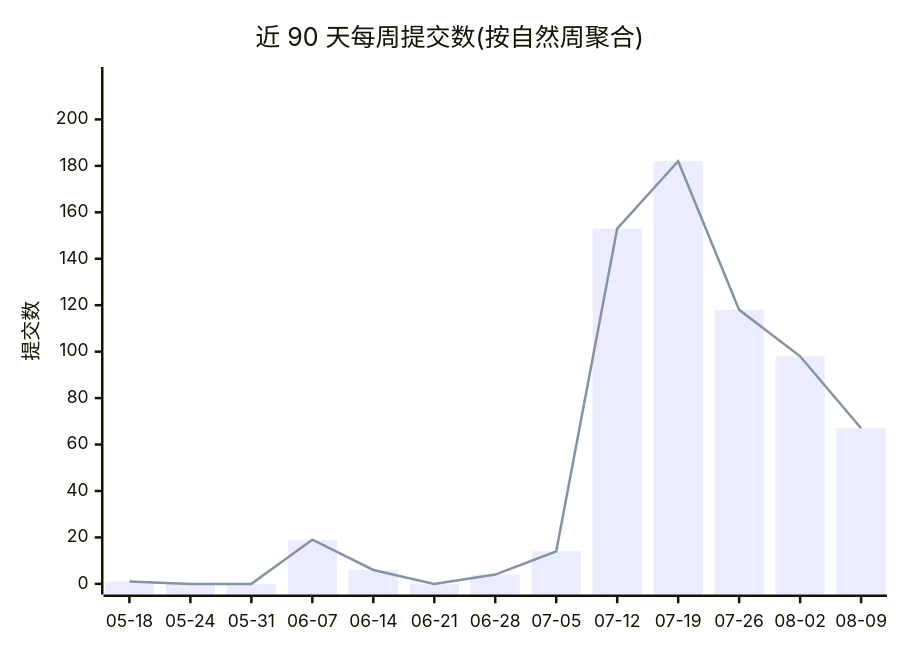
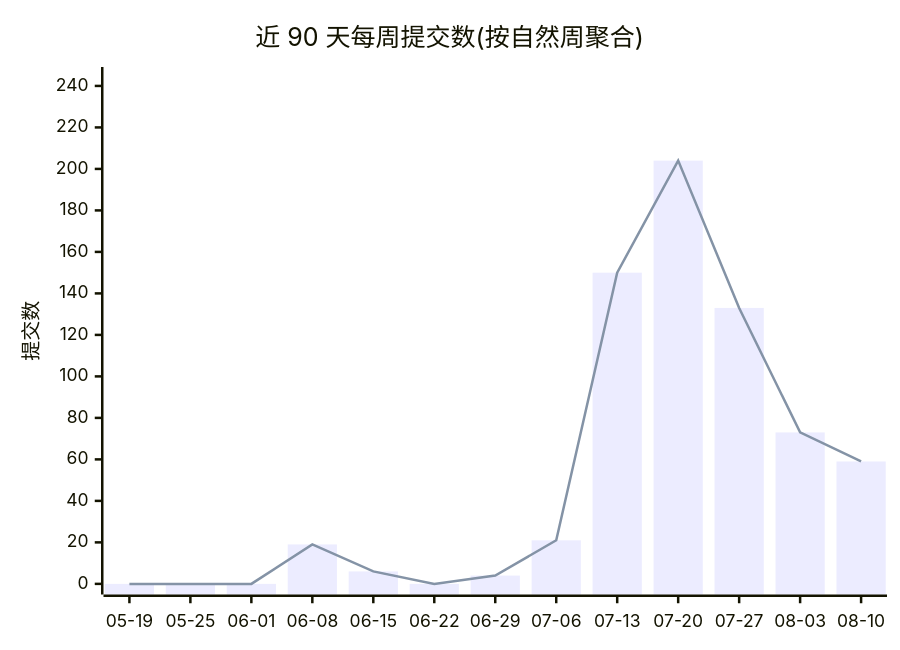
Before and after one commit to Conflux-Union/.github: the first of 2 diagrams in profile/README.md, drawn with Mermaid. The commit also changed other lines of this file and 1 other file, not shown here.

````diff
--- a/profile/README.md
+++ b/profile/README.md
@@ -44,8 +44,8 @@
 ```mermaid
 xychart-beta
     title "近 90 天每周提交数(按自然周聚合)"
-    x-axis ["05-18", "05-24", "05-31", "06-07", "06-14", "06-21", "06-28", "07-05", "07-12", "07-19", "07-26", "08-02", "08-09"]
-    y-axis "提交数" 0 --> 218
-    bar [1, 0, 0, 19, 6, 0, 4, 14, 153, 182, 118, 98, 67]
-    line [1, 0, 0, 19, 6, 0, 4, 14, 153, 182, 118, 98, 67]
+    x-axis ["05-19", "05-25", "06-01", "06-08", "06-15", "06-22", "06-29", "07-06", "07-13", "07-20", "07-27", "08-03", "08-10"]
+    y-axis "提交数" 0 --> 244
+    bar [0, 0, 0, 19, 6, 0, 4, 21, 150, 204, 133, 73, 59]
+    line [0, 0, 0, 19, 6, 0, 4, 21, 150, 204, 133, 73, 59]
 ```
````
